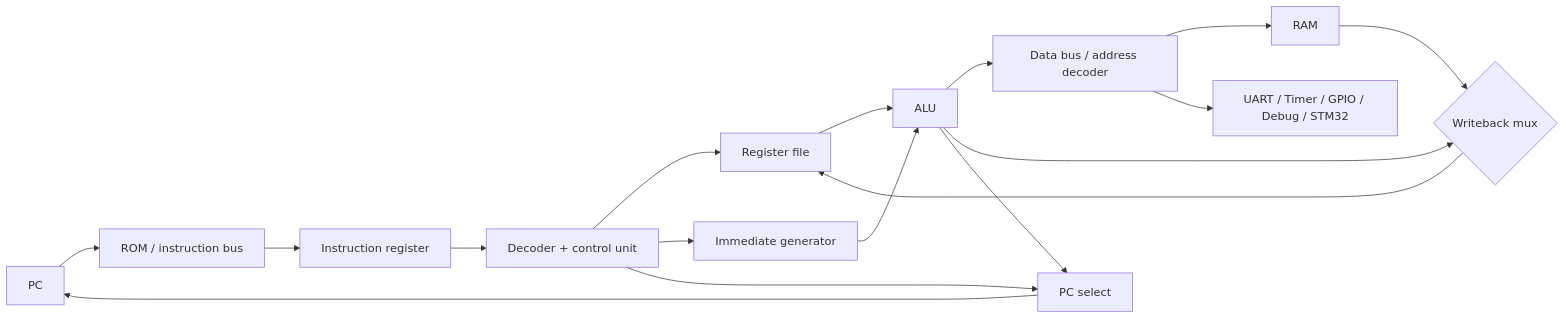
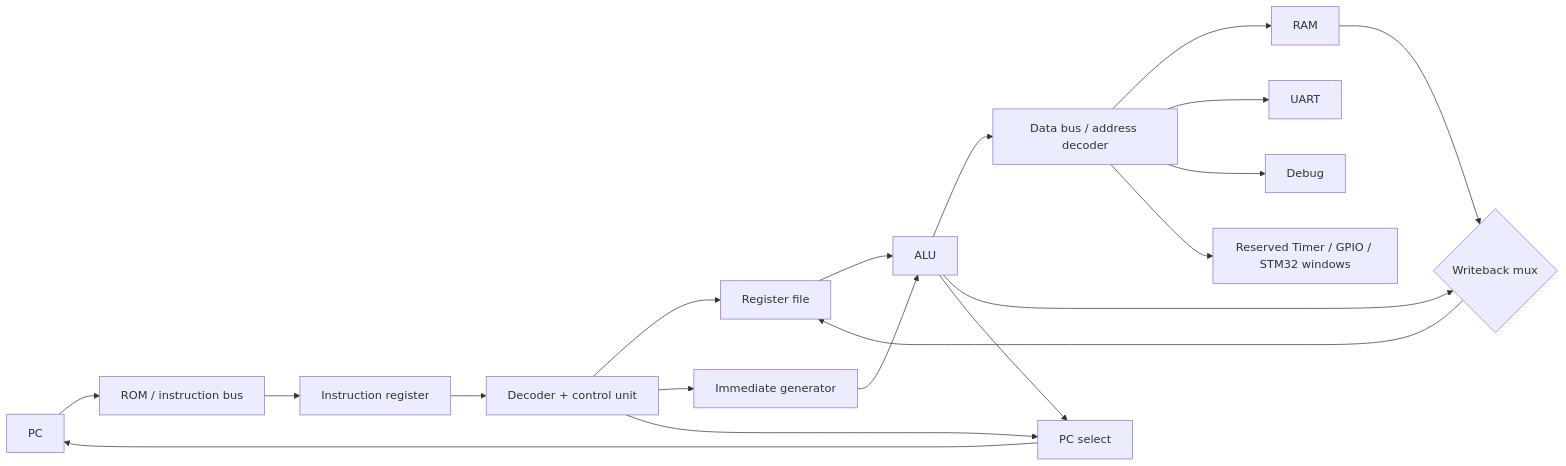
The diagram in docs/architecture.md (shreyambhattacharya/32_Bit_Computer_System), drawn with Mermaid before and after one commit. The commit also changed other lines of this file and 27 other files, not shown here.

````diff
--- a/docs/architecture.md
+++ b/docs/architecture.md
@@ -25,19 +25,21 @@
 ```mermaid
 flowchart LR
     PC[PC] --> IMEM[ROM / instruction bus]
     IMEM --> IR[Instruction register]
     IR --> DEC[Decoder + control unit]
     DEC --> RF[Register file]
     DEC --> IMM[Immediate generator]
     RF --> ALU[ALU]
     IMM --> ALU
     ALU --> DBUS[Data bus / address decoder]
     DBUS --> RAM[RAM]
-    DBUS --> MMIO[UART / Timer / GPIO / Debug / STM32]
+    DBUS --> UART[UART]
+    DBUS --> DEBUG[Debug]
+    DBUS --> FUTURE[Reserved Timer / GPIO / STM32 windows]
     ALU --> WB{Writeback mux}
     RAM --> WB
     WB --> RF
     DEC --> PCSEL[PC select]
     ALU --> PCSEL
     PCSEL --> PC
 ```
````
